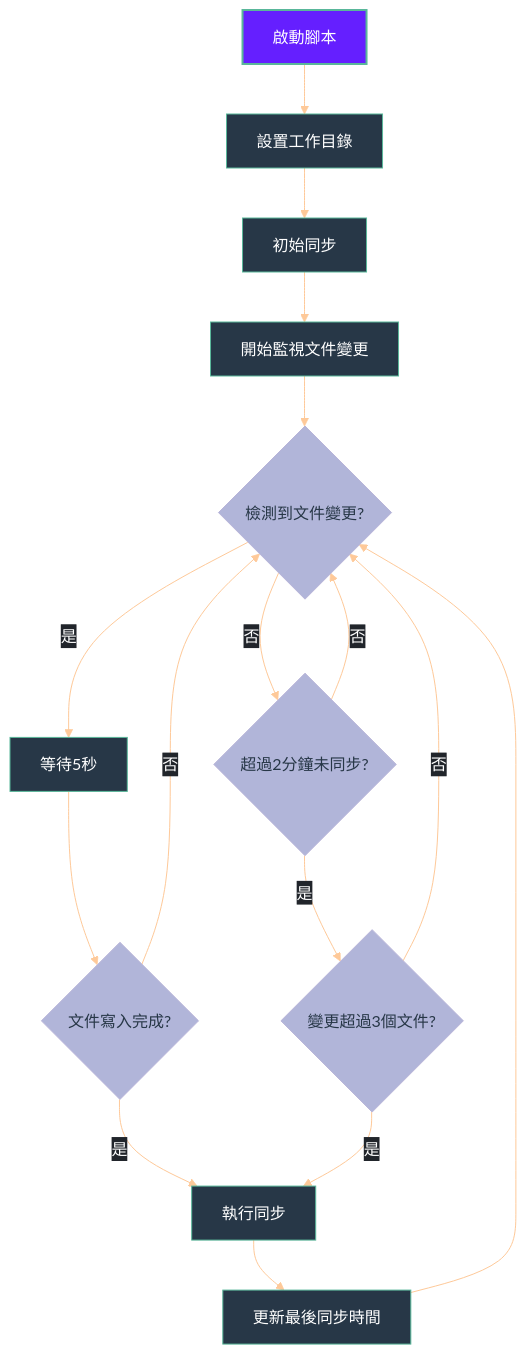
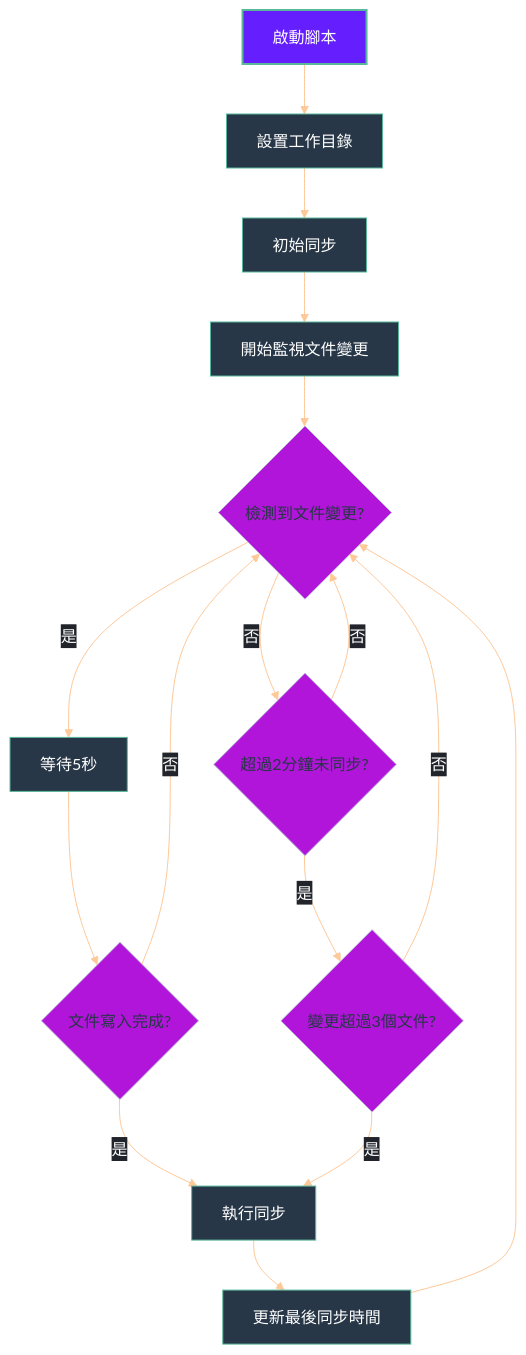
The second of 2 diagrams in Logseq同步方案演進記錄.md (GengGeng026/Sync-Logseq), drawn with Mermaid before and after one commit.

Commit message:
Auto saved by Logseq

````diff
--- a/Logseq同步方案演進記錄.md
+++ b/Logseq同步方案演進記錄.md
@@ -375,52 +375,52 @@
 ```mermaid
 %%{init: {
   'theme': 'base', 
   'themeVariables': {
     'primaryColor': '#19E9D9',
     'primaryTextColor': '#FFFFFF',
     'primaryBorderColor': '#59B79A',
     'lineColor': '#FEC999',
     'secondaryColor': '#FFCB6B',
     'tertiaryColor': '#F07178',
     'background': 'transparent',
     'textColor': '#EEFFFF',
     'mainBkg': '#273747',
     'nodeBorder': '#59B79A',
     'clusterBkg': 'transparent',
     'edgeLabelBackground': '#21252B'
   },
   'flowchart': {
     'curve': 'basis',
     'nodeSpacing': 50,
     'rankSpacing': 50,
     'padding': 15
   }
 }}%%
 flowchart TD
     %% 節點樣式優化
     classDef start fill:#651FFF,stroke:#59B79A,color:#FFFFFF,stroke-width:2px;
     classDef process fill:#19E9D,stroke:#59B79A,color:#FFFFFF,stroke-width:1px;
-    classDef condition fill:#B1B5D9,stroke:#B9B5D9,color:#273747,stroke-width:1px,shape:diamond;
+    classDef condition fill:#B115D9,stroke:#B9B5D9,color:#273747,stroke-width:1px,shape:diamond;
     classDef action fill:#F07178,stroke:#59B79A,color:#FFFFFF,stroke-width:1px;
     
     A[啟動腳本] --> B[設置工作目錄]
     B --> C[初始同步]
     C --> D[開始監視文件變更]
     D --> E{檢測到文件變更?}
     E -->|是| F[等待5秒]
     F --> G{文件寫入完成?}
     G -->|是| H[執行同步]
     G -->|否| E
     E -->|否| I{超過2分鐘未同步?}
     I -->|是| J{變更超過3個文件?}
     J -->|是| H
     J -->|否| E
     I -->|否| E
     H --> K[更新最後同步時間]
     K --> E
     
     %% 應用樣式
     class A start;
     class B,C,D,F,H,K process;
     class E,G,I,J condition;
 ```
````
